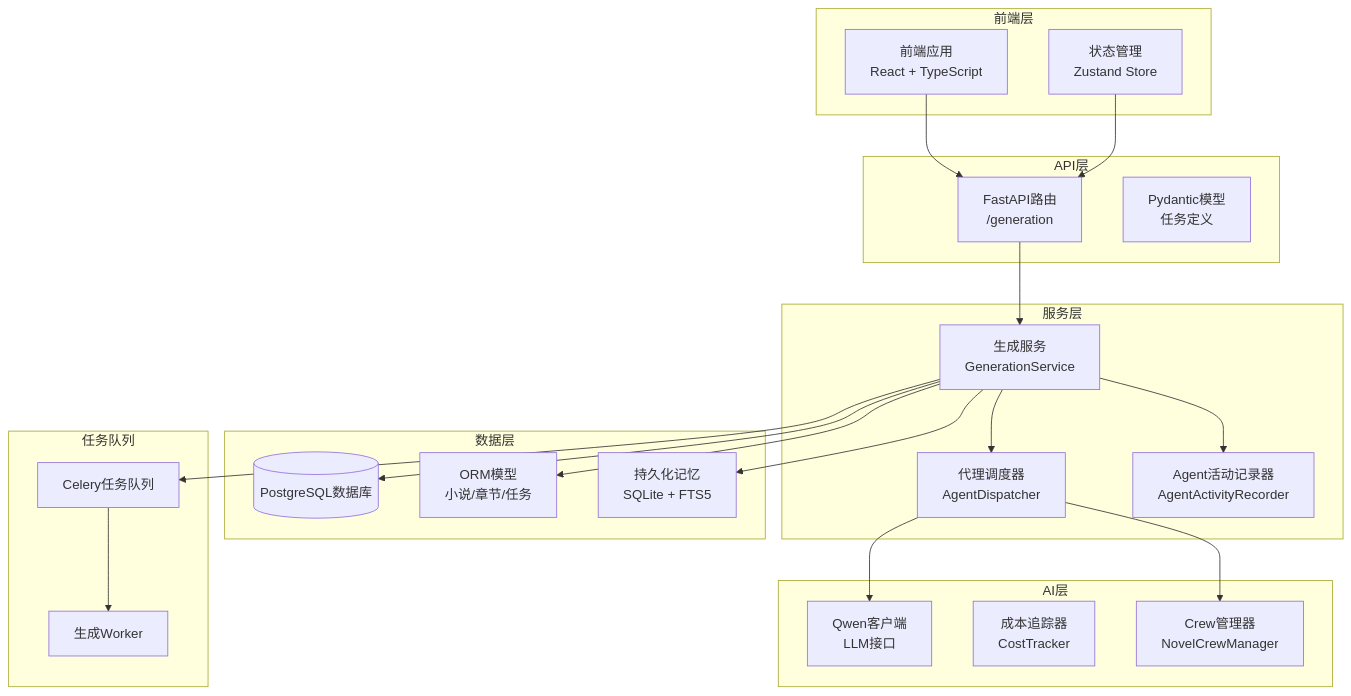
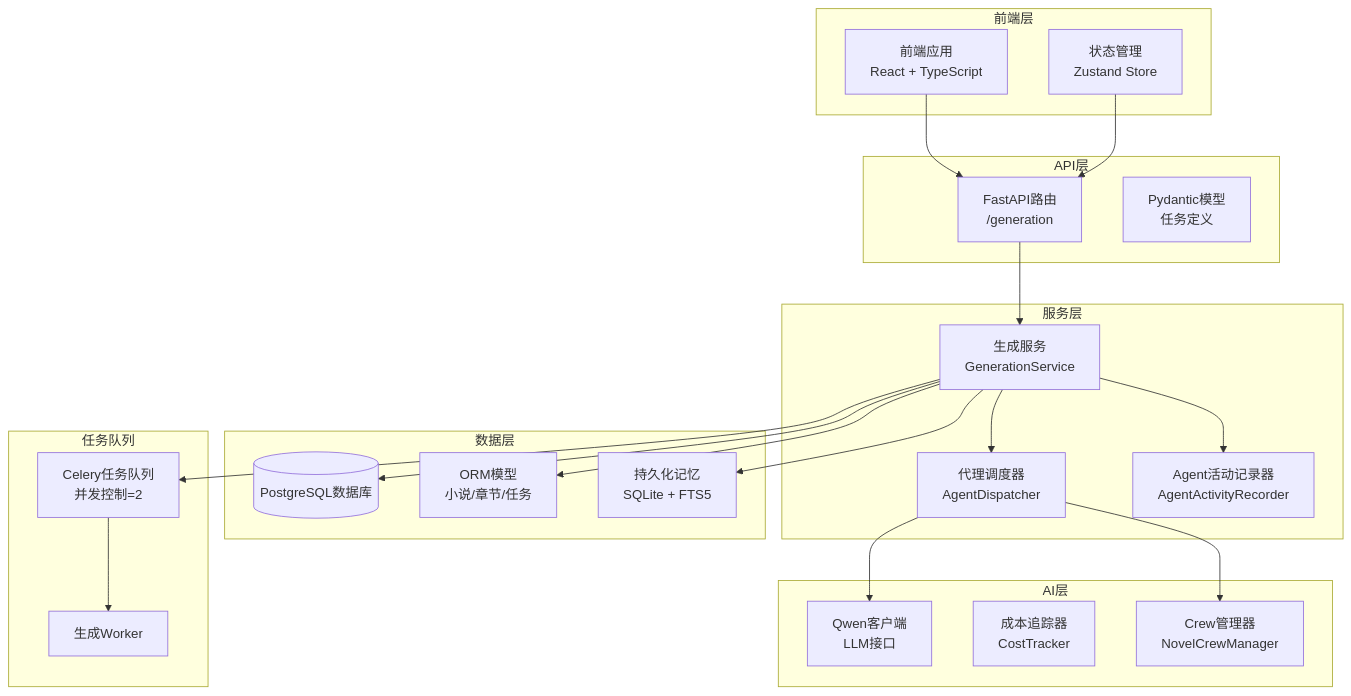
The first of 11 diagrams in .qoder/repowiki/zh/content/Generation Service.md (xfbyxq/ai-novel-system), drawn with Mermaid before and after one commit. The commit also changed other lines of this file and 17 other files, not shown here.

````diff
--- a/.qoder/repowiki/zh/content/Generation Service.md
+++ b/.qoder/repowiki/zh/content/Generation Service.md
@@ -60,42 +63,42 @@
 ```mermaid
 graph TB
 subgraph "前端层"
 FE[前端应用<br/>React + TypeScript]
 Store[状态管理<br/>Zustand Store]
 end
 subgraph "API层"
 API[FastAPI路由<br/>/generation]
 Schema[Pydantic模型<br/>任务定义]
 end
 subgraph "服务层"
 GS[生成服务<br/>GenerationService]
 AD[代理调度器<br/>AgentDispatcher]
 AAR[Agent活动记录器<br/>AgentActivityRecorder]
 end
 subgraph "AI层"
 QC[Qwen客户端<br/>LLM接口]
 CT[成本追踪器<br/>CostTracker]
 CM[Crew管理器<br/>NovelCrewManager]
 end
 subgraph "数据层"
 DB[(PostgreSQL数据库)]
 Model[ORM模型<br/>小说/章节/任务]
 PM[持久化记忆<br/>SQLite + FTS5]
 end
 subgraph "任务队列"
-Celery[Celery任务队列]
+Celery[Celery任务队列<br/>并发控制=2]
 Worker[生成Worker]
 end
 FE --> API
 Store --> API
 API --> GS
 GS --> AD
 GS --> AAR
 AD --> QC
 AD --> CM
 GS --> DB
 GS --> PM
 GS --> Model
 GS --> Celery
 Celery --> Worker
 ```
````
